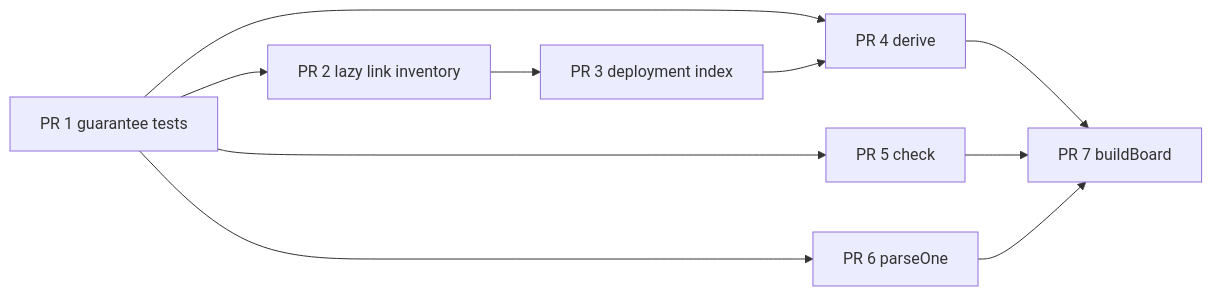
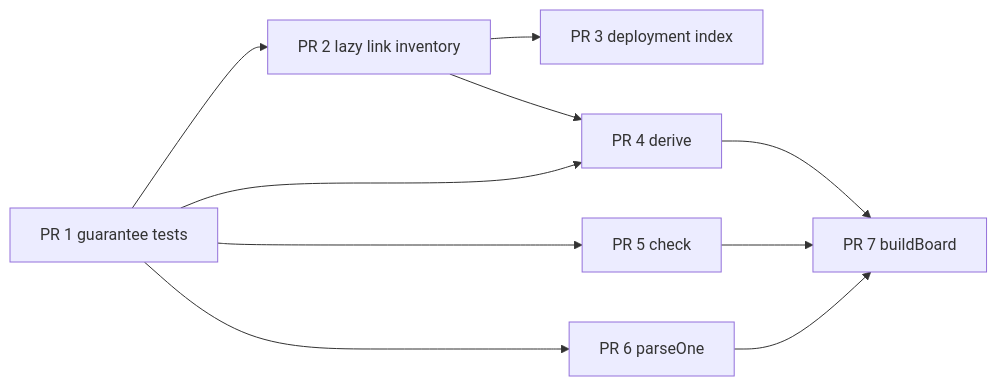
The diagram in docs/superpowers/plans/2026-11-20-cc-ceiling-and-check-bigo.md (bytesbybrandon/eventline), drawn with Mermaid before and after one commit. The commit also changed other lines of this file and 1 other file, not shown here.

````diff
--- a/docs/superpowers/plans/2026-11-20-cc-ceiling-and-check-bigo.md
+++ b/docs/superpowers/plans/2026-11-20-cc-ceiling-and-check-bigo.md
@@ -292,12 +303,12 @@
 ```mermaid
 flowchart LR
   P1[PR 1 guarantee tests] --> P2[PR 2 lazy link inventory]
   P2 --> P3[PR 3 deployment index]
   P1 --> P4[PR 4 derive]
-  P3 --> P4
+  P2 --> P4
   P1 --> P5[PR 5 check]
   P1 --> P6[PR 6 parseOne]
   P4 --> P7[PR 7 buildBoard]
   P5 --> P7
   P6 --> P7
 ```
````
